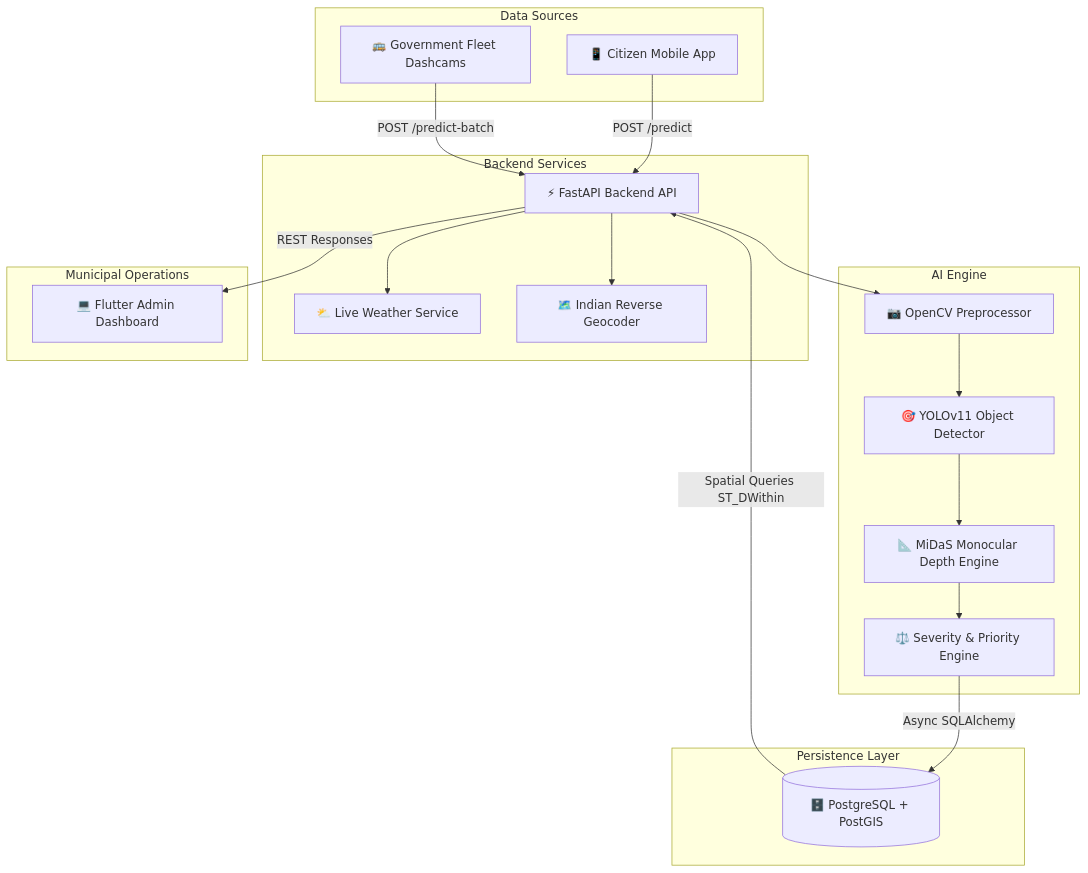
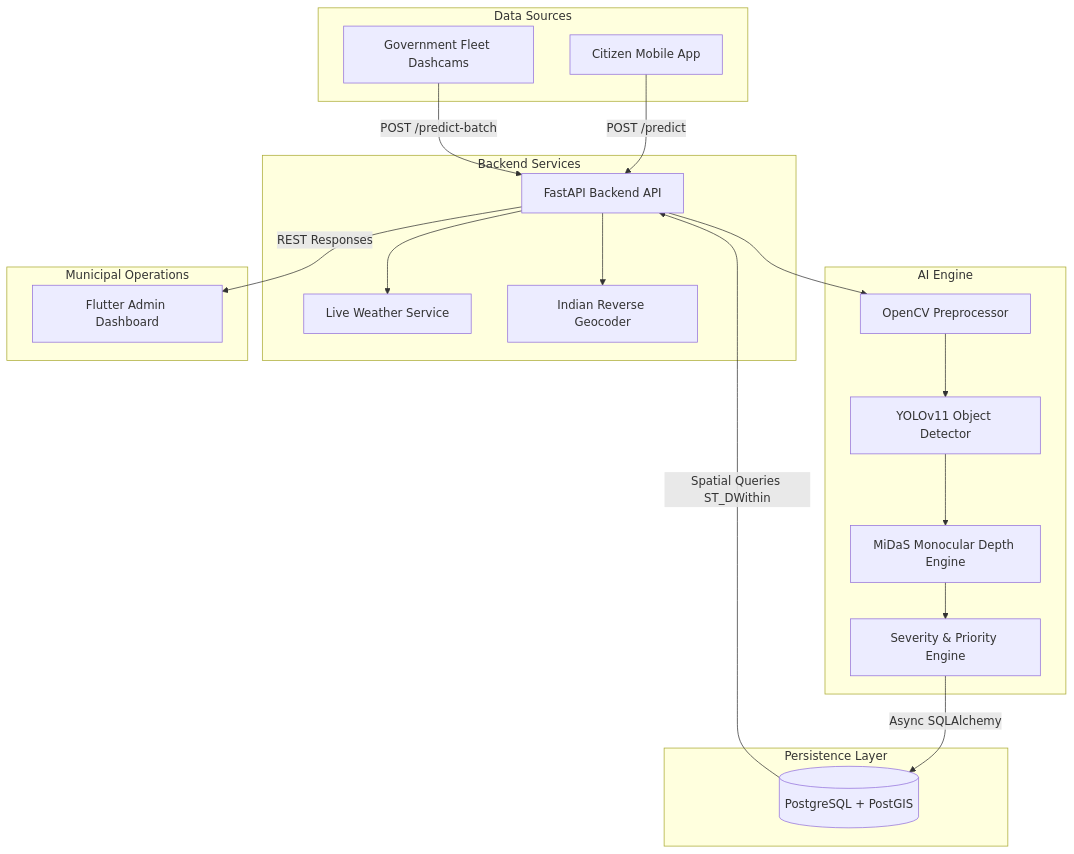
Before and after one commit to mubeenah-collab/AI-powered-roadcare: the first of 2 diagrams in README.md, drawn with Mermaid. The commit also changed other lines of this file, not shown here.

````diff
--- a/README.md
+++ b/README.md
@@ -65,40 +65,40 @@
 ```mermaid
 flowchart TD
     subgraph Data Sources
-        A[📱 Citizen Mobile App]
-        B[🚌 Government Fleet Dashcams]
+        A[Citizen Mobile App]
+        B[Government Fleet Dashcams]
     end
 
     subgraph Backend Services
-        C[⚡ FastAPI Backend API]
-        D[⛅ Live Weather Service]
-        E[🗺️ Indian Reverse Geocoder]
+        C[FastAPI Backend API]
+        D[Live Weather Service]
+        E[Indian Reverse Geocoder]
     end
 
     subgraph AI Engine
-        F[📷 OpenCV Preprocessor]
-        G[🎯 YOLOv11 Object Detector]
-        H[📐 MiDaS Monocular Depth Engine]
-        I[⚖️ Severity & Priority Engine]
+        F[OpenCV Preprocessor]
+        G[YOLOv11 Object Detector]
+        H[MiDaS Monocular Depth Engine]
+        I[Severity & Priority Engine]
     end
 
     subgraph Persistence Layer
-        J[(🗄️ PostgreSQL + PostGIS)]
+        J[(PostgreSQL + PostGIS)]
     end
 
     subgraph Municipal Operations
-        K[💻 Flutter Admin Dashboard]
+        K[Flutter Admin Dashboard]
     end
 
     A -->|POST /predict| C
     B -->|POST /predict-batch| C
     C --> D
     C --> E
     C --> F
     F --> G
     G --> H
     H --> I
     I -->|Async SQLAlchemy| J
     J -->|Spatial Queries ST_DWithin| C
     C -->|REST Responses| K
 ```
````
